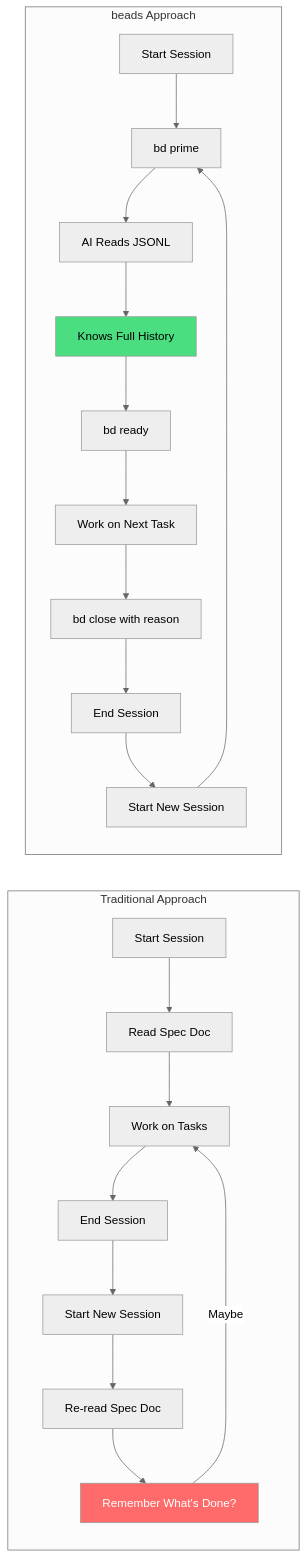
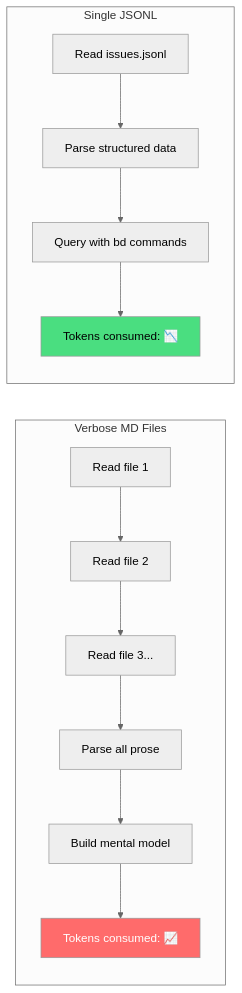
The first of 5 diagrams in docs/blog/part2-beads-deep-dive.md (koustubh25/mission-house), drawn with Mermaid (neutral theme) before and after one commit. The commit also changed other lines of this file and 1 other file, not shown here.

First line of the commit message:
docs: Revise blog to focus on graph-based advantages over MD files

````diff
--- a/docs/blog/part2-beads-deep-dive.md
+++ b/docs/blog/part2-beads-deep-dive.md
@@ -23,27 +25,19 @@
 ```mermaid
 flowchart LR
-    subgraph "Traditional Approach"
-        A1[Start Session] --> A2[Read Spec Doc]
-        A2 --> A3[Work on Tasks]
-        A3 --> A4[End Session]
-        A4 --> A5[Start New Session]
-        A5 --> A6[Re-read Spec Doc]
-        A6 --> A7[Remember What's Done?]
-        A7 -->|Maybe| A3
+    subgraph "Verbose MD Files"
+        A1[Read file 1] --> A2[Read file 2]
+        A2 --> A3[Read file 3...]
+        A3 --> A4[Parse all prose]
+        A4 --> A5[Build mental model]
+        A5 --> A6[Tokens consumed: 📈]
     end
 
-    subgraph "beads Approach"
-        B1[Start Session] --> B2[bd prime]
-        B2 --> B3[AI Reads JSONL]
-        B3 --> B4[Knows Full History]
-        B4 --> B5[bd ready]
-        B5 --> B6[Work on Next Task]
-        B6 --> B7[bd close with reason]
-        B7 --> B8[End Session]
-        B8 --> B9[Start New Session]
-        B9 --> B2
+    subgraph "Single JSONL"
+        B1[Read issues.jsonl] --> B2[Parse structured data]
+        B2 --> B3[Query with bd commands]
+        B3 --> B4[Tokens consumed: 📉]
     end
 
-    style A7 fill:#ff6b6b,color:#fff
+    style A6 fill:#ff6b6b,color:#fff
     style B4 fill:#4ade80,color:#000
 ```
````
